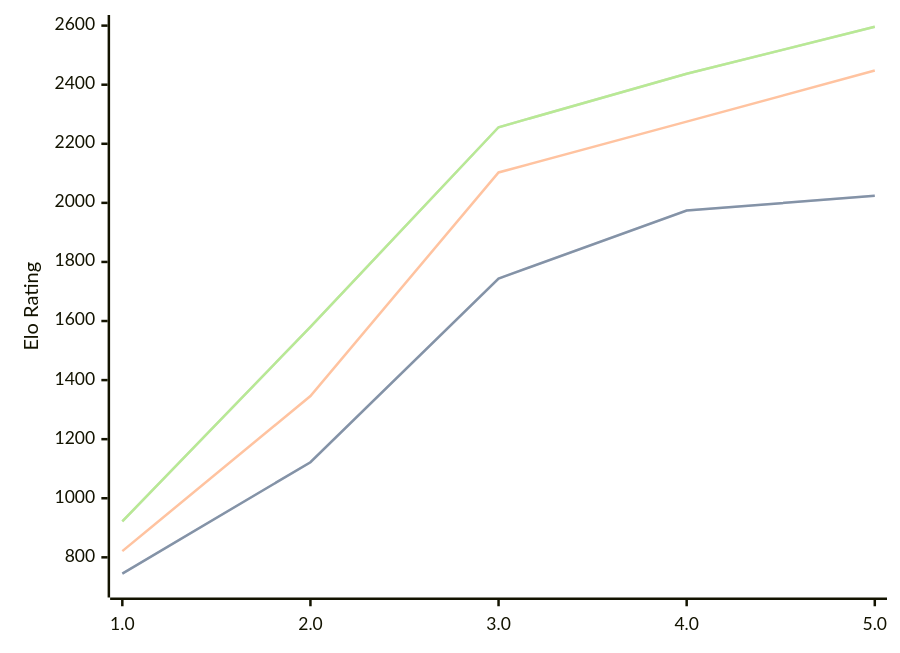
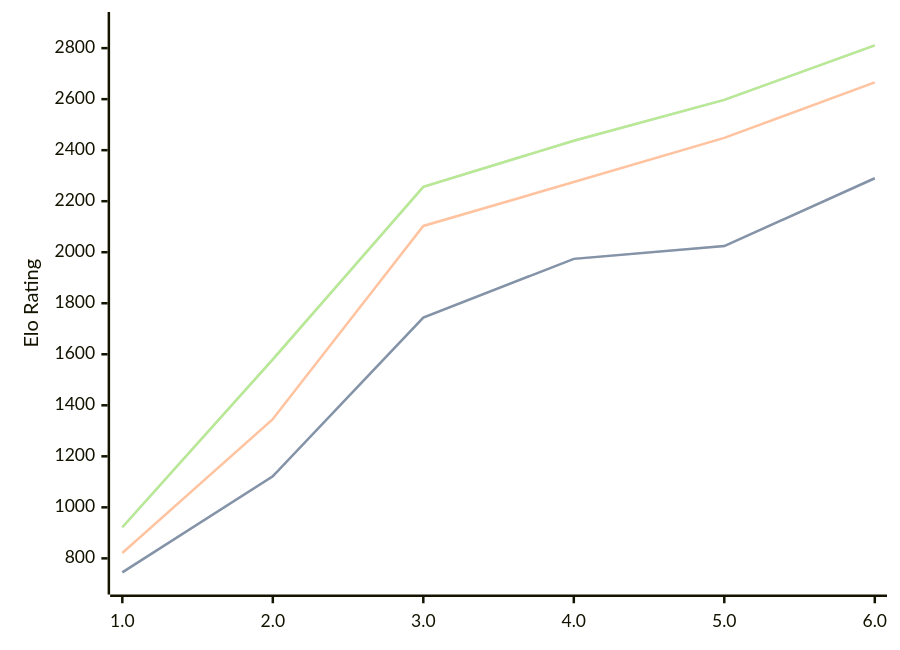
One commit to computer-chess-index/cci changed the diagram in engines/Pea.md. Above: the diagram before and after it, drawn with Mermaid. The commit also changed other lines of this file, not shown here.

Commit message:
Update CCI Ratings (ELO VLTC) - 2026-04-21

````diff
--- a/engines/Pea.md
+++ b/engines/Pea.md
@@ -36,11 +36,11 @@
 ```mermaid
 %%{init: {"theme":"base","themeVariables":{"seriesColors:['#a3a3a3','#222221','#faa371']}}}%%
 xychart-beta
-  x-axis ["1.0", "2.0", "3.0", "4.0", "5.0"]
-  y-axis "Elo Rating" 700 --> 2600
-  line "STC (8.0+0.08s)" [745, 1122, 1744, 1974, 2024]
-  line "STC (8.0+0.08s)" [745, 1122, 1744, 1974, 2024]
-  line "LTC (60.0+0.60s)" [821, 1346, 2103, 2275, 2448]
-  line "VLTC (2m24s+1.12s)" [922, 1580, 2256, 2437, 2596]
-  line "VLTC (2m24s+1.12s)" [922, 1580, 2256, 2437, 2596]
+  x-axis ["1.0", "2.0", "3.0", "4.0", "5.0", "6.0"]
+  y-axis "Elo Rating" 700 --> 2900
+  line "STC (8.0+0.08s)" [745, 1122, 1744, 1974, 2024, 2290]
+  line "STC (8.0+0.08s)" [745, 1122, 1744, 1974, 2024, 2290]
+  line "LTC (60.0+0.60s)" [821, 1346, 2103, 2275, 2448, 2666]
+  line "VLTC (2m24s+1.12s)" [922, 1580, 2256, 2437, 2597, 2811]
+  line "VLTC (2m24s+1.12s)" [922, 1580, 2256, 2437, 2597, 2811]
 ```
````
